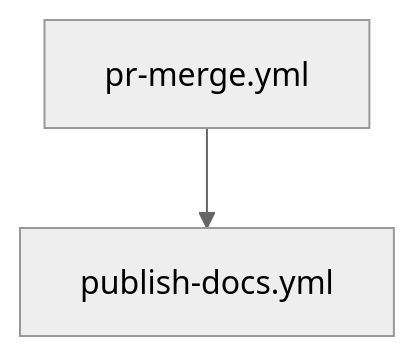
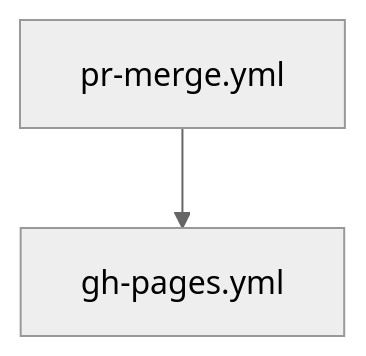
One commit to exasol/python-toolbox changed the first of 4 diagrams in doc/user_guide/features/github_workflows/index.rst. Above: the diagram before and after it, drawn with Mermaid (neutral theme).

```diff
--- a/doc/user_guide/features/github_workflows/index.rst
+++ b/doc/user_guide/features/github_workflows/index.rst
@@ -148,6 +148,6 @@
 .. mermaid::
    :name: merge-diagram
 
     graph TD
         %% Workflow Triggers (Solid Lines)
-        pr-merge[pr-merge.yml] --> publish-docs[publish-docs.yml]
+        pr-merge[pr-merge.yml] --> publish-docs[gh-pages.yml]
```
